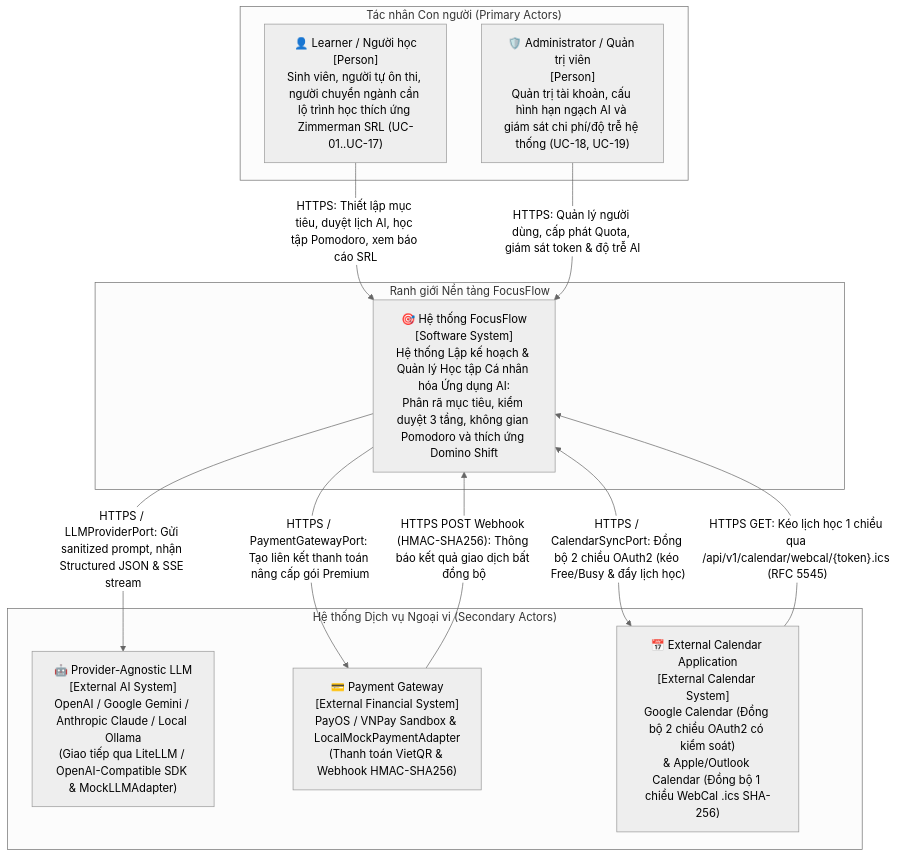
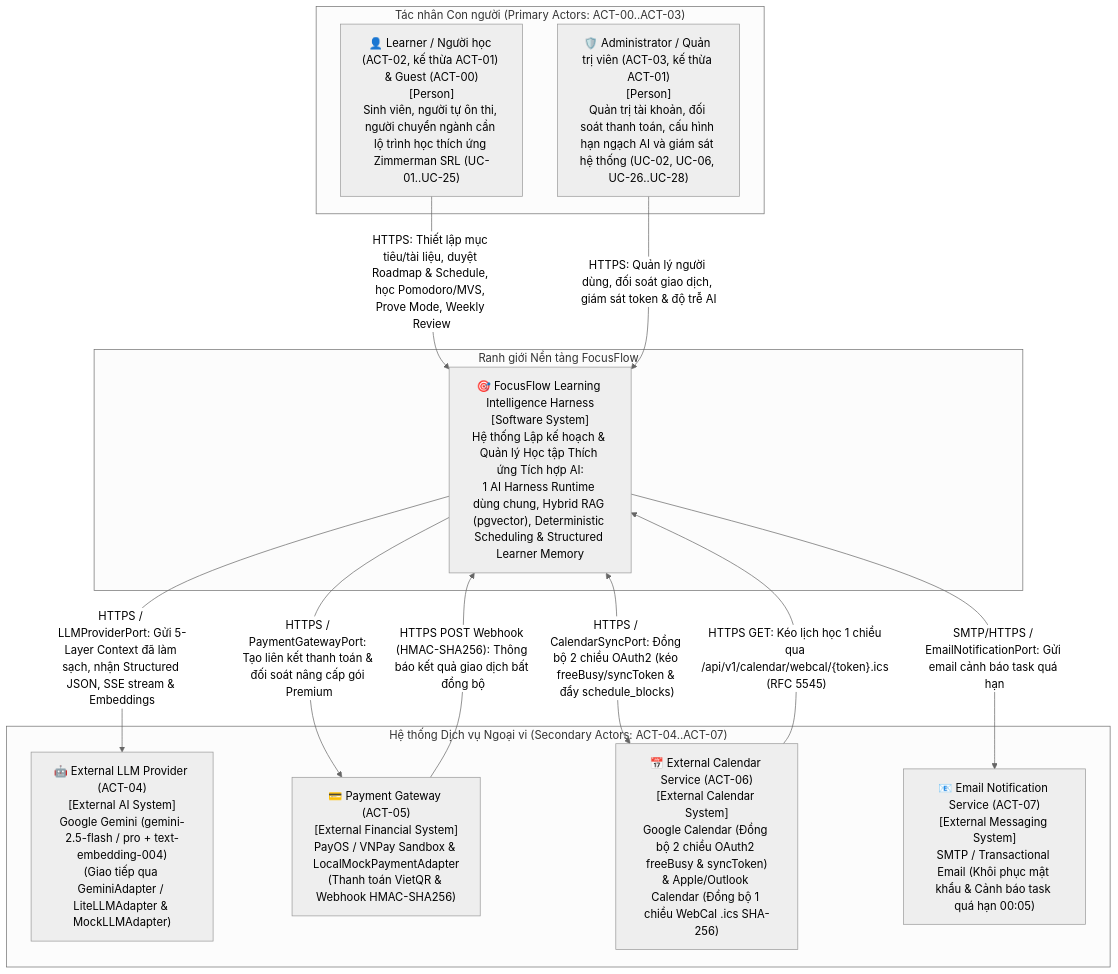
Before and after one commit to Coffat/FocusFlow: the first of 5 diagrams in docs/architecture/c4-model-components.md, drawn with Mermaid (neutral theme). The commit also changed other lines of this file and 15 other files, not shown here.

Commit message:
docs(architecture): update system architecture, C4 components, AI harness, and ADR records

````diff
--- a/docs/architecture/c4-model-components.md
+++ b/docs/architecture/c4-model-components.md
@@ -49,25 +50,27 @@
 ```mermaid
 flowchart TD
-    subgraph Users["Tác nhân Con người (Primary Actors)"]
-        Learner["👤 Learner / Người học<br/>[Person]<br/>Sinh viên, người tự ôn thi, người chuyển ngành cần lộ trình học thích ứng Zimmerman SRL (UC-01..UC-17)"]
-        Admin["🛡️ Administrator / Quản trị viên<br/>[Person]<br/>Quản trị tài khoản, cấu hình hạn ngạch AI và giám sát chi phí/độ trễ hệ thống (UC-18, UC-19)"]
+    subgraph Users["Tác nhân Con người (Primary Actors: ACT-00..ACT-03)"]
+        Learner["👤 Learner / Người học (ACT-02, kế thừa ACT-01) & Guest (ACT-00)<br/>[Person]<br/>Sinh viên, người tự ôn thi, người chuyển ngành cần lộ trình học thích ứng Zimmerman SRL (UC-01..UC-25)"]
+        Admin["🛡️ Administrator / Quản trị viên (ACT-03, kế thừa ACT-01)<br/>[Person]<br/>Quản trị tài khoản, đối soát thanh toán, cấu hình hạn ngạch AI và giám sát hệ thống (UC-02, UC-06, UC-26..UC-28)"]
     end
 
     subgraph Boundary["Ranh giới Nền tảng FocusFlow"]
-        FocusFlowSystem["🎯 Hệ thống FocusFlow<br/>[Software System]<br/>Hệ thống Lập kế hoạch & Quản lý Học tập Cá nhân hóa Ứng dụng AI:<br/>Phân rã mục tiêu, kiểm duyệt 3 tầng, không gian Pomodoro và thích ứng Domino Shift"]
+        FocusFlowSystem["🎯 FocusFlow Learning Intelligence Harness<br/>[Software System]<br/>Hệ thống Lập kế hoạch & Quản lý Học tập Thích ứng Tích hợp AI:<br/>1 AI Harness Runtime dùng chung, Hybrid RAG (pgvector), Deterministic Scheduling & Structured Learner Memory"]
     end
 
-    subgraph ExternalServices["Hệ thống Dịch vụ Ngoại vi (Secondary Actors)"]
-        LLMProvider["🤖 Provider-Agnostic LLM<br/>[External AI System]<br/>OpenAI / Google Gemini / Anthropic Claude / Local Ollama<br/>(Giao tiếp qua LiteLLM / OpenAI-Compatible SDK & MockLLMAdapter)"]
-        PaymentGW["💳 Payment Gateway<br/>[External Financial System]<br/>PayOS / VNPay Sandbox & LocalMockPaymentAdapter<br/>(Thanh toán VietQR & Webhook HMAC-SHA256)"]
-        CalendarApps["📅 External Calendar Application<br/>[External Calendar System]<br/>Google Calendar (Đồng bộ 2 chiều OAuth2 có kiểm soát)<br/>& Apple/Outlook Calendar (Đồng bộ 1 chiều WebCal .ics SHA-256)"]
+    subgraph ExternalServices["Hệ thống Dịch vụ Ngoại vi (Secondary Actors: ACT-04..ACT-07)"]
+        LLMProvider["🤖 External LLM Provider (ACT-04)<br/>[External AI System]<br/>Google Gemini (gemini-2.5-flash / pro + text-embedding-004)<br/>(Giao tiếp qua GeminiAdapter / LiteLLMAdapter & MockLLMAdapter)"]
+        PaymentGW["💳 Payment Gateway (ACT-05)<br/>[External Financial System]<br/>PayOS / VNPay Sandbox & LocalMockPaymentAdapter<br/>(Thanh toán VietQR & Webhook HMAC-SHA256)"]
+        CalendarApps["📅 External Calendar Service (ACT-06)<br/>[External Calendar System]<br/>Google Calendar (Đồng bộ 2 chiều OAuth2 freeBusy & syncToken)<br/>& Apple/Outlook Calendar (Đồng bộ 1 chiều WebCal .ics SHA-256)"]
+        EmailSvc["📧 Email Notification Service (ACT-07)<br/>[External Messaging System]<br/>SMTP / Transactional Email (Khôi phục mật khẩu & Cảnh báo task quá hạn 00:05)"]
     end
 
-    Learner -->|"HTTPS: Thiết lập mục tiêu, duyệt lịch AI, học tập Pomodoro, xem báo cáo SRL"| FocusFlowSystem
-    Admin -->|"HTTPS: Quản lý người dùng, cấp phát Quota, giám sát token & độ trễ AI"| FocusFlowSystem
-    FocusFlowSystem -->|"HTTPS / LLMProviderPort: Gửi sanitized prompt, nhận Structured JSON & SSE stream"| LLMProvider
-    FocusFlowSystem -->|"HTTPS / PaymentGatewayPort: Tạo liên kết thanh toán nâng cấp gói Premium"| PaymentGW
+    Learner -->|"HTTPS: Thiết lập mục tiêu/tài liệu, duyệt Roadmap & Schedule, học Pomodoro/MVS, Prove Mode, Weekly Review"| FocusFlowSystem
+    Admin -->|"HTTPS: Quản lý người dùng, đối soát giao dịch, giám sát token & độ trễ AI"| FocusFlowSystem
+    FocusFlowSystem -->|"HTTPS / LLMProviderPort: Gửi 5-Layer Context đã làm sạch, nhận Structured JSON, SSE stream & Embeddings"| LLMProvider
+    FocusFlowSystem -->|"HTTPS / PaymentGatewayPort: Tạo liên kết thanh toán & đối soát nâng cấp gói Premium"| PaymentGW
     PaymentGW -->|"HTTPS POST Webhook (HMAC-SHA256): Thông báo kết quả giao dịch bất đồng bộ"| FocusFlowSystem
-    FocusFlowSystem <-->|"HTTPS / CalendarSyncPort: Đồng bộ 2 chiều OAuth2 (kéo Free/Busy & đẩy lịch học)"| CalendarApps
+    FocusFlowSystem <-->|"HTTPS / CalendarSyncPort: Đồng bộ 2 chiều OAuth2 (kéo freeBusy/syncToken & đẩy schedule_blocks)"| CalendarApps
     CalendarApps -->|"HTTPS GET: Kéo lịch học 1 chiều qua /api/v1/calendar/webcal/{token}.ics (RFC 5545)"| FocusFlowSystem
+    FocusFlowSystem -->|"SMTP/HTTPS / EmailNotificationPort: Gửi email cảnh báo task quá hạn"| EmailSvc
 ```
````
